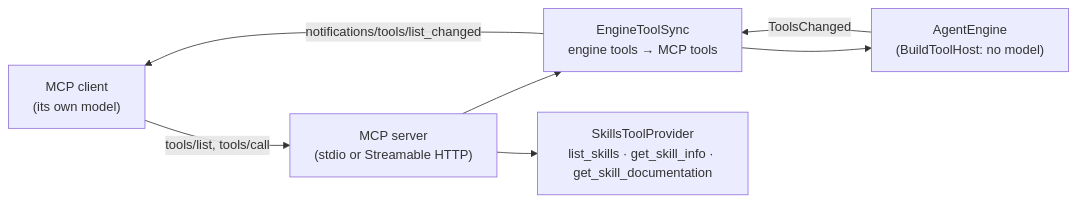
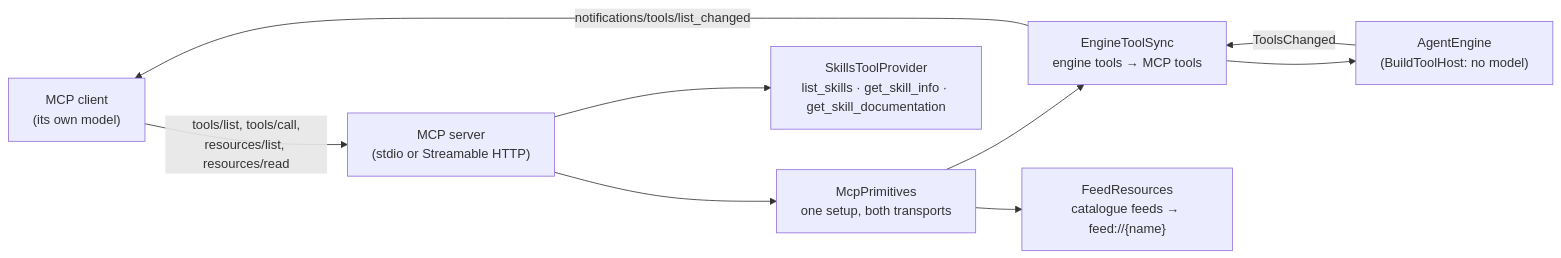
The diagram in docs/projects/louis-agent.mcp-server.md (bosbevk/louis-agent), drawn with Mermaid before and after one commit. The commit also changed other lines of this file and 12 other files, not shown here.

````diff
--- a/docs/projects/louis-agent.mcp-server.md
+++ b/docs/projects/louis-agent.mcp-server.md
@@ -15,8 +15,10 @@
 ```mermaid
 flowchart LR
-    Client["MCP client<br/>(its own model)"] -- "tools/list, tools/call" --> Server["MCP server<br/>(stdio or Streamable HTTP)"]
-    Server --> Sync["EngineToolSync<br/>engine tools → MCP tools"]
+    Client["MCP client<br/>(its own model)"] -- "tools/list, tools/call,<br/>resources/list, resources/read" --> Server["MCP server<br/>(stdio or Streamable HTTP)"]
+    Server --> Prims["McpPrimitives<br/>one setup, both transports"]
+    Prims --> Sync["EngineToolSync<br/>engine tools → MCP tools"]
+    Prims --> Feeds["FeedResources<br/>catalogue feeds → feed://{name}"]
     Sync --> Engine["AgentEngine<br/>(BuildToolHost: no model)"]
     Server --> Skills["SkillsToolProvider<br/>list_skills · get_skill_info · get_skill_documentation"]
     Engine -- "ToolsChanged" --> Sync -- "notifications/tools/list_changed" --> Client
 ```
````
